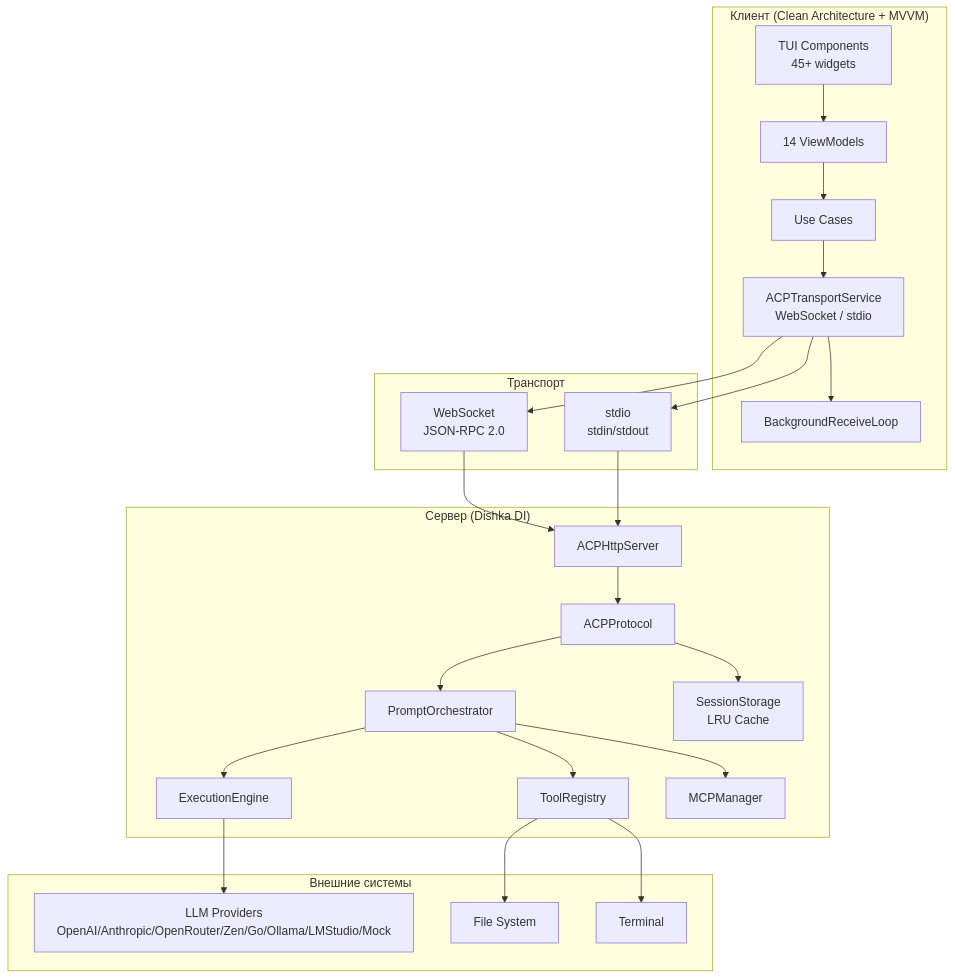
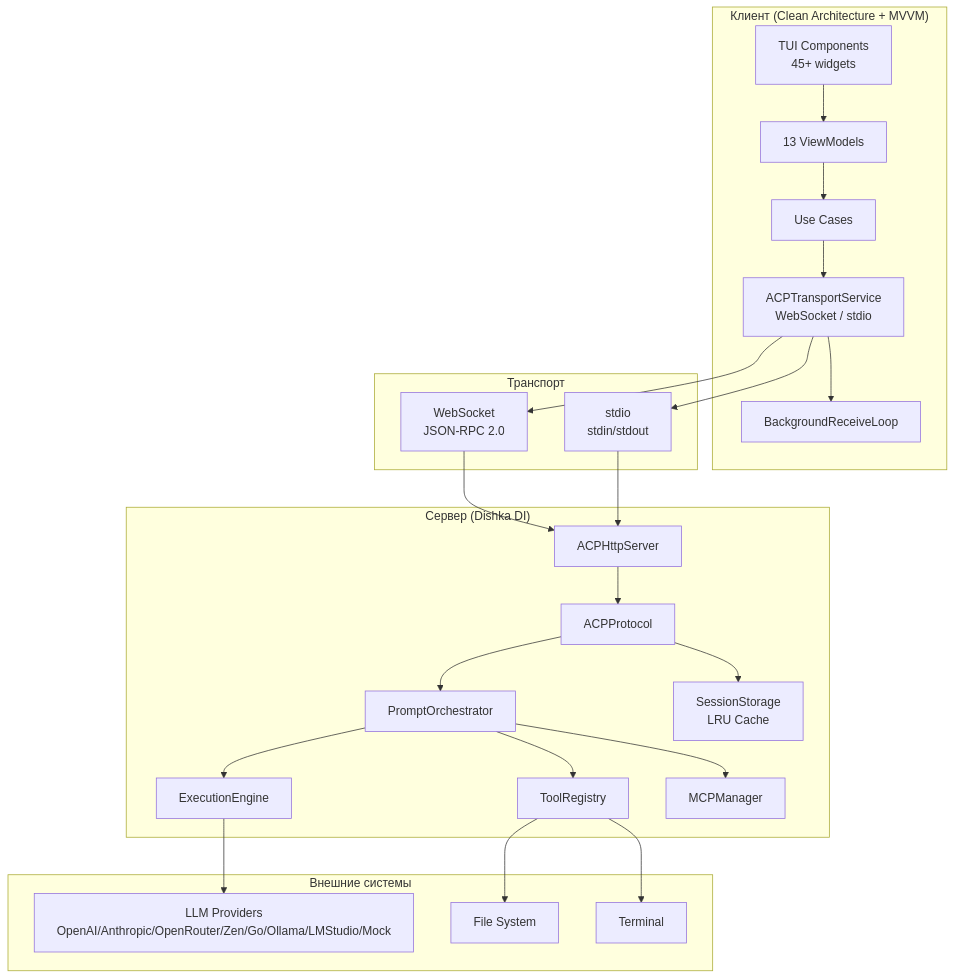
Before and after one commit to pese-git/codelab-agent: the first of 21 diagrams in doc/product/overview/architecture.md, drawn with Mermaid. The commit also changed other lines of this file and 3 other files, not shown here.

````diff
--- a/doc/product/overview/architecture.md
+++ b/doc/product/overview/architecture.md
@@ -9,40 +9,40 @@
 ```mermaid
 graph TB
     subgraph Client["Клиент (Clean Architecture + MVVM)"]
         TUI["TUI Components<br/>45+ widgets"]
-        VM[14 ViewModels]
+        VM[13 ViewModels]
         UC[Use Cases]
         TS["ACPTransportService<br/>WebSocket / stdio"]
         BgLoop[BackgroundReceiveLoop]
     end
     
     subgraph Transport["Транспорт"]
         WS["WebSocket<br/>JSON-RPC 2.0"]
         STDIO["stdio<br/>stdin/stdout"]
     end
     
     subgraph Server["Сервер (Dishka DI)"]
         HTTP[ACPHttpServer]
         AP[ACPProtocol]
         PO[PromptOrchestrator]
         EE[ExecutionEngine]
         TR[ToolRegistry]
         MCP[MCPManager]
         Storage["SessionStorage<br/>LRU Cache"]
     end
     
     subgraph External["Внешние системы"]
         LLM["LLM Providers<br/>OpenAI/Anthropic/OpenRouter/Zen/Go/Ollama/LMStudio/Mock"]
         FS[File System]
         TERM[Terminal]
     end
     
     TUI --> VM --> UC --> TS
     TS --> BgLoop
     TS --> WS & STDIO
     WS & STDIO --> HTTP --> AP --> PO
     PO --> EE --> LLM
     PO --> TR --> FS & TERM
     PO --> MCP
     AP --> Storage
 ```
````
